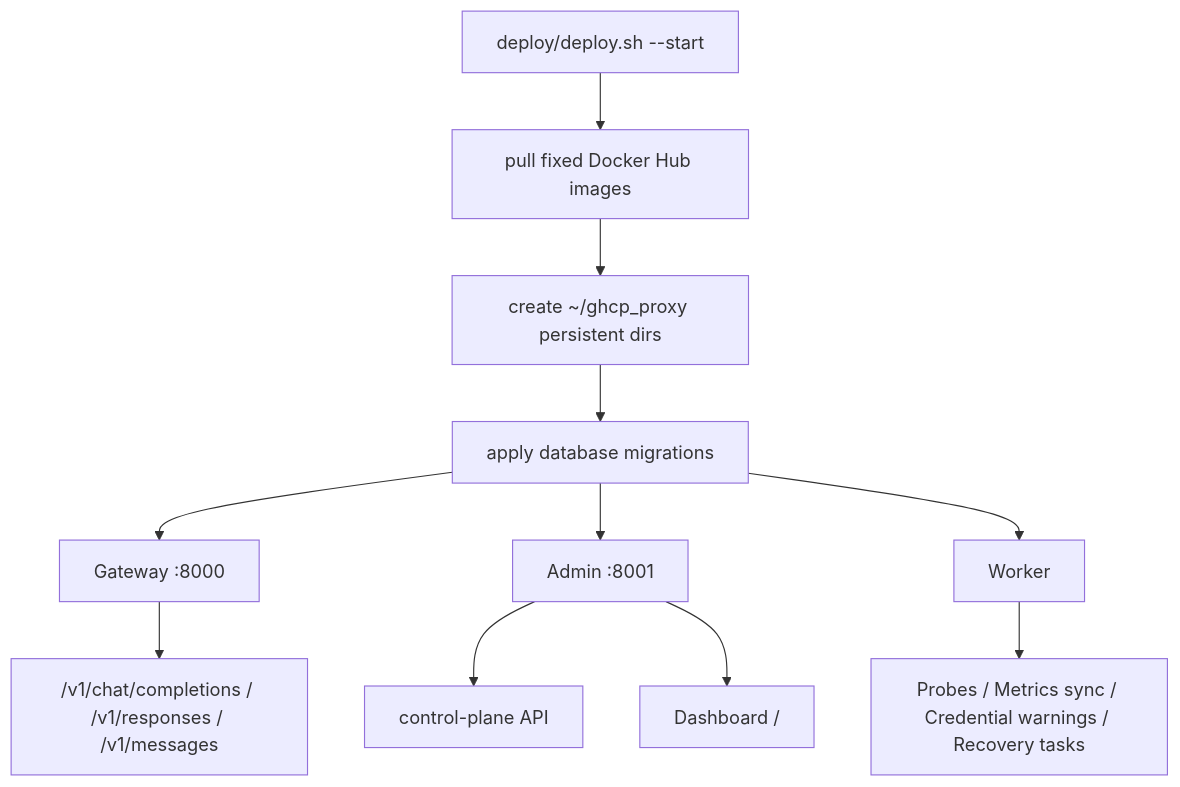
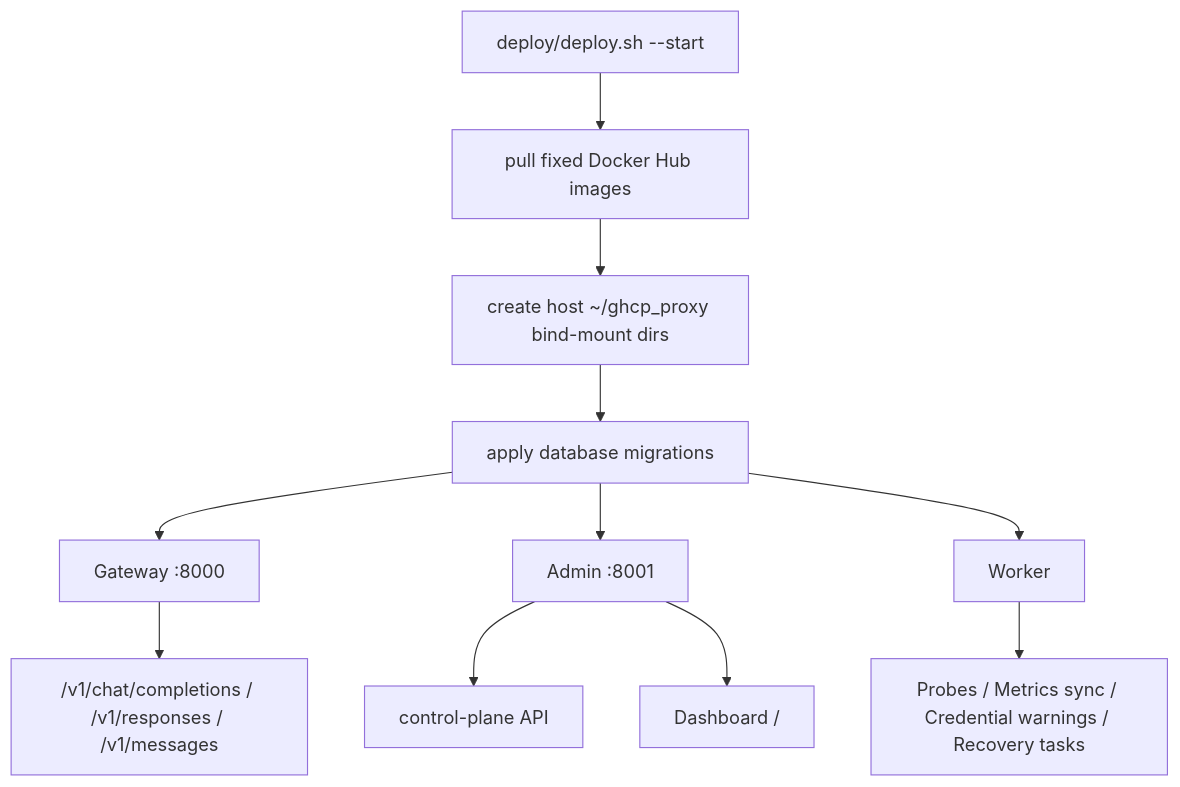
Before and after one commit to pczhao1210/ghcp-pool-proxy: the diagram in README.en.md, drawn with Mermaid. The commit also changed other lines of this file and 11 other files, not shown here.

````diff
--- a/README.en.md
+++ b/README.en.md
@@ -28,13 +29,13 @@
 ```mermaid
 flowchart TD
   A["deploy/deploy.sh --start"] --> B["pull fixed Docker Hub images"]
-  B --> C["create ~/ghcp_proxy persistent dirs"]
+  B --> C["create host ~/ghcp_proxy bind-mount dirs"]
   C --> D["apply database migrations"]
   D --> E["Gateway :8000"]
   D --> F["Admin :8001"]
   D --> G["Worker"]
   E --> H["/v1/chat/completions / /v1/responses / /v1/messages"]
   F --> I["control-plane API"]
   F --> J["Dashboard /"]
   G --> K["Probes / Metrics sync / Credential warnings / Recovery tasks"]
 ```
````
